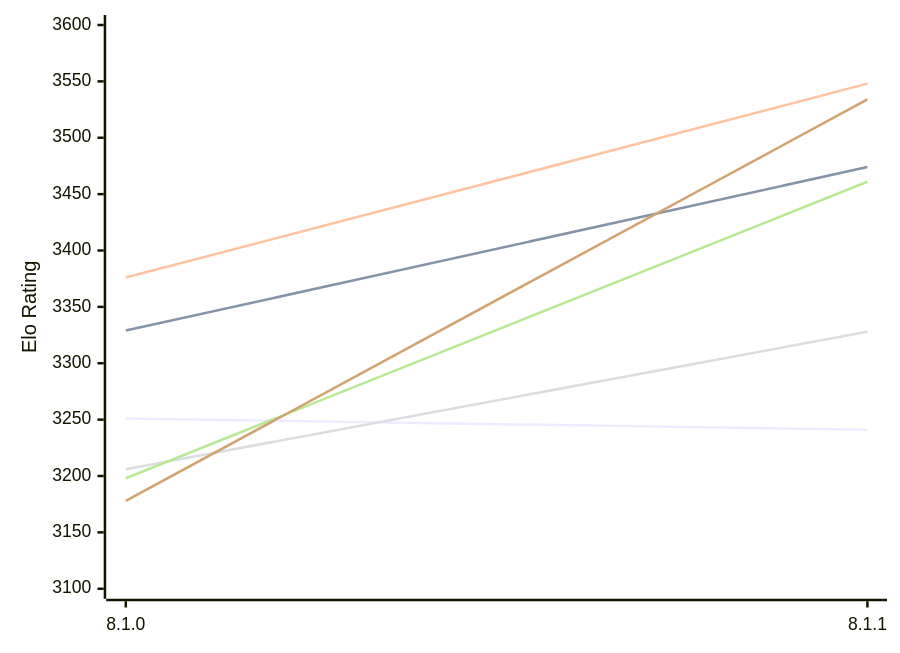
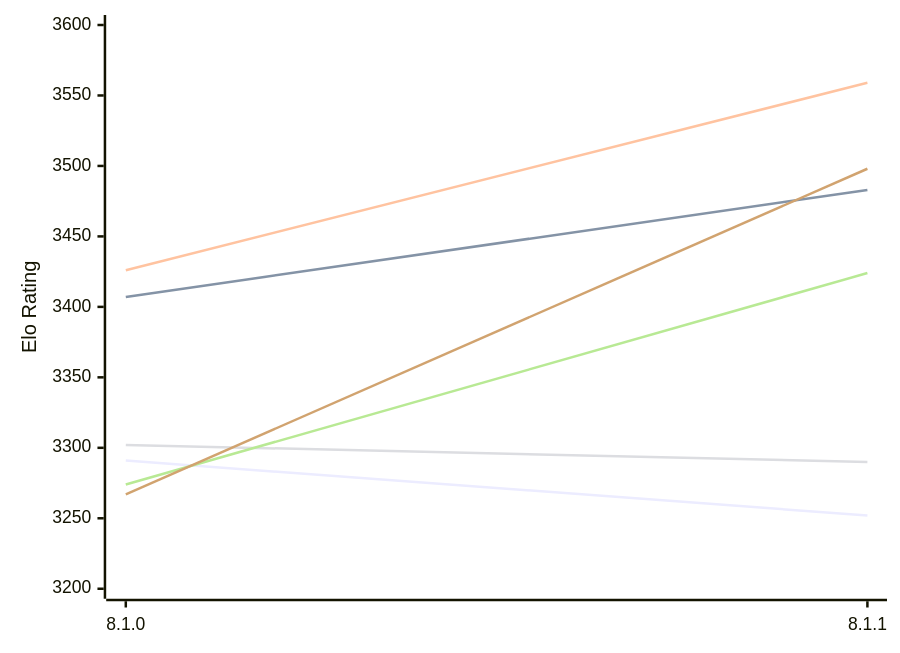
The first of 2 diagrams in engines/Velvet.md (computer-chess-index/cci), drawn with Mermaid before and after one commit. The commit also changed other lines of this file, not shown here.

Commit message:
Update CCI Ratings (ELO VLTC) - 2026-11-14

````diff
--- a/engines/Velvet.md
+++ b/engines/Velvet.md
@@ -51,12 +51,12 @@
 ```mermaid
 %%{init: {"theme":"base","themeVariables":{"seriesColors:['#a3a3a3','#222221','#faa371']}}}%%
 xychart-beta
   x-axis ["8.1.0", "8.1.1"]
-  y-axis "Elo Rating" 3100 --> 3600
-  line "E1: STC (8.0+0.08s)" [3251, 3241]
-  line "E1: LTC (60.0+0.60s)" [3329, 3474]
-  line "E1: VLTC (2m24s+1.12s)" [3376, 3548]
-  line "P1: STC (8.0+0.08s)" [3206, 3328]
-  line "P1: LTC (60.0+0.60s)" [3198, 3461]
-  line "P1: VLTC (2m24s+1.12s)" [3178, 3534]
+  y-axis "Elo Rating" 3200 --> 3600
+  line "E1: STC (8.0+0.08s)" [3291, 3252]
+  line "E1: LTC (60.0+0.60s)" [3407, 3483]
+  line "E1: VLTC (2m24s+1.12s)" [3426, 3559]
+  line "P1: STC (8.0+0.08s)" [3302, 3290]
+  line "P1: LTC (60.0+0.60s)" [3274, 3424]
+  line "P1: VLTC (2m24s+1.12s)" [3267, 3498]
 ```
````
